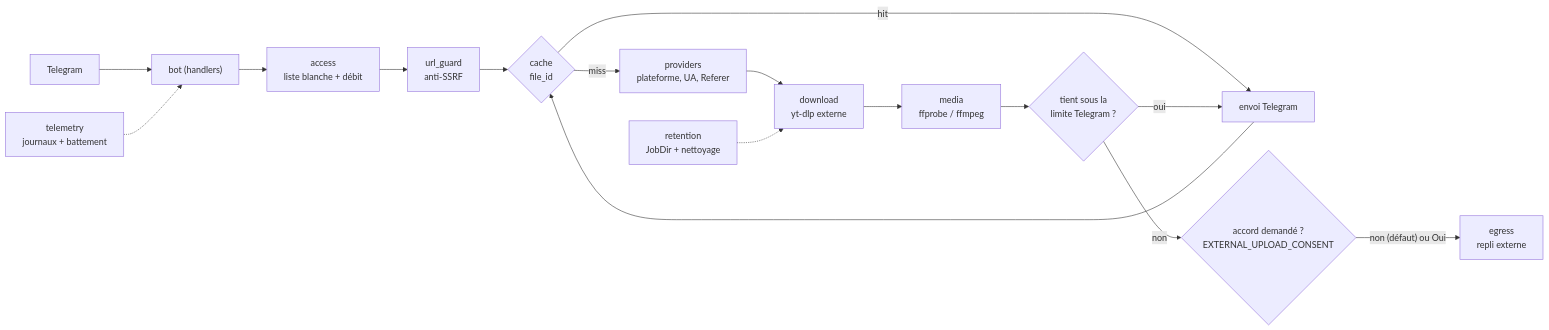
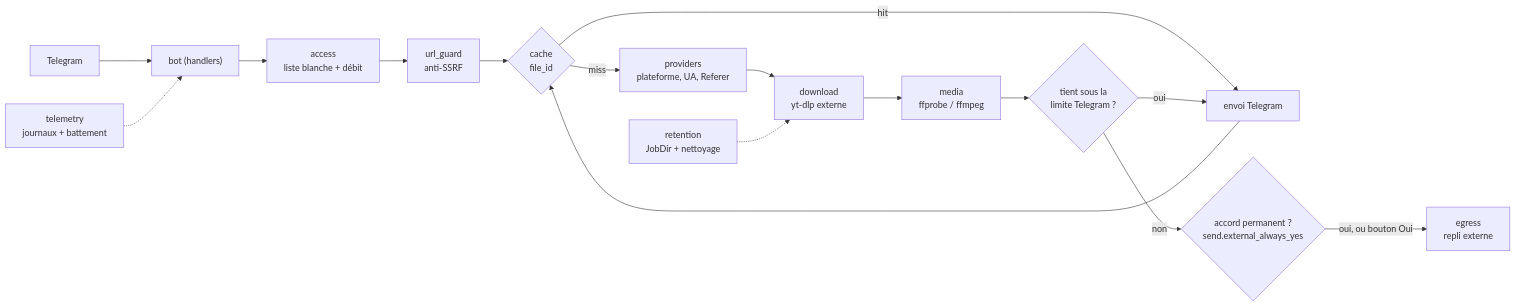
The diagram in DOCS.md (OverStyleFR/SocialVideoDownload.py), drawn with Mermaid before and after one commit. The commit also changed other lines of this file and 11 other files, not shown here.

First line of the commit message:
feat: débit en seau de jetons (10/min, rafale 20) et accord d'envoi externe par défaut

````diff
--- a/DOCS.md
+++ b/DOCS.md
@@ -7,18 +7,18 @@
 ```mermaid
 flowchart LR
     TG[Telegram] --> bot["bot (handlers)"]
     bot --> access["access<br/>liste blanche + débit"]
     access --> url_guard["url_guard<br/>anti-SSRF"]
     url_guard --> cache{"cache<br/>file_id"}
     cache -- hit --> envoi
     cache -- miss --> providers["providers<br/>plateforme, UA, Referer"]
     providers --> download["download<br/>yt-dlp externe"]
     download --> media["media<br/>ffprobe / ffmpeg"]
     media --> taille{"tient sous la<br/>limite Telegram ?"}
     taille -- oui --> envoi["envoi Telegram"]
-    taille -- non --> consent{"accord demandé ?<br/>EXTERNAL_UPLOAD_CONSENT"}
-    consent -- "non (défaut) ou Oui" --> egress["egress<br/>repli externe"]
+    taille -- non --> consent{"accord permanent ?<br/>send.external_always_yes"}
+    consent -- "oui, ou bouton Oui" --> egress["egress<br/>repli externe"]
     envoi --> cache
     retention["retention<br/>JobDir + nettoyage"] -.-> download
     telemetry["telemetry<br/>journaux + battement"] -.-> bot
 ```
````
